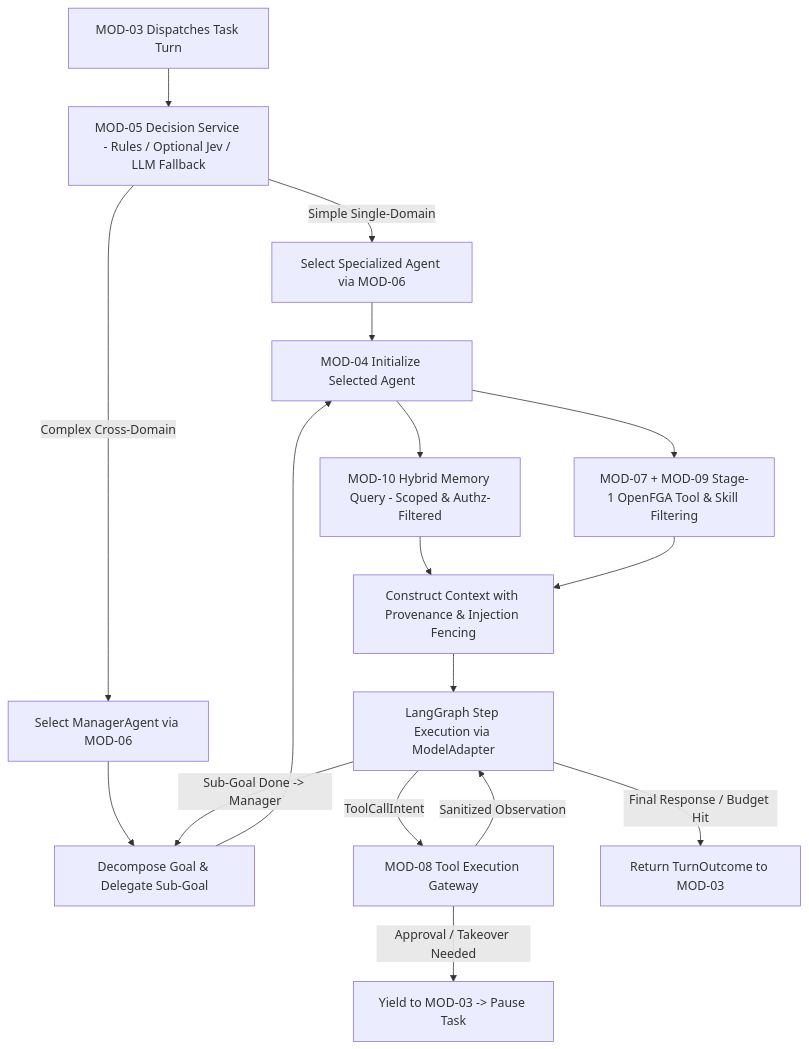
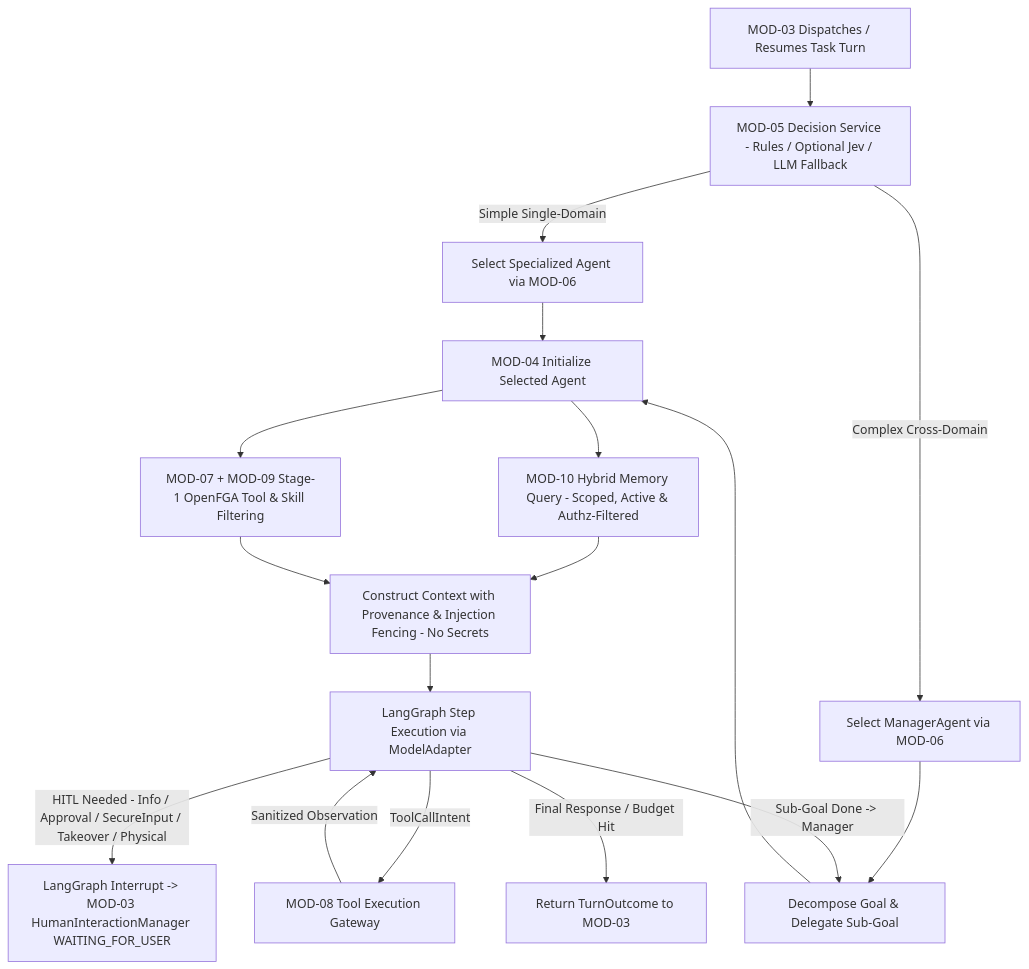
Before and after one commit to Abhishek-Kanti/Orbi: the fourth of 26 diagrams in docs/02-hld/system-architecture.md, drawn with Mermaid. The commit also changed other lines of this file and 11 other files, not shown here.

````diff
--- a/docs/02-hld/system-architecture.md
+++ b/docs/02-hld/system-architecture.md
@@ -288,23 +289,23 @@
 ```mermaid
 flowchart TB
-    START["MOD-03 Dispatches Task Turn"] --> TRIAGE["MOD-05 Decision Service - Rules / Optional Jev / LLM Fallback"]
+    START["MOD-03 Dispatches / Resumes Task Turn"] --> TRIAGE["MOD-05 Decision Service - Rules / Optional Jev / LLM Fallback"]
     TRIAGE -->|"Simple Single-Domain"| PICK_SPEC["Select Specialized Agent via MOD-06"]
     TRIAGE -->|"Complex Cross-Domain"| PICK_MGR["Select ManagerAgent via MOD-06"]
 
     PICK_MGR --> DECOMP["Decompose Goal & Delegate Sub-Goal"]
     DECOMP --> INIT["MOD-04 Initialize Selected Agent"]
     PICK_SPEC --> INIT
 
-    INIT --> MEM["MOD-10 Hybrid Memory Query - Scoped & Authz-Filtered"]
+    INIT --> MEM["MOD-10 Hybrid Memory Query - Scoped, Active & Authz-Filtered"]
     INIT --> DISC["MOD-07 + MOD-09 Stage-1 OpenFGA Tool & Skill Filtering"]
 
-    MEM --> CTX["Construct Context with Provenance & Injection Fencing"]
+    MEM --> CTX["Construct Context with Provenance & Injection Fencing - No Secrets"]
     DISC --> CTX
 
     CTX --> LG["LangGraph Step Execution via ModelAdapter"]
     LG -->|"ToolCallIntent"| GW["MOD-08 Tool Execution Gateway"]
     GW -->|"Sanitized Observation"| LG
-    GW -->|"Approval / Takeover Needed"| YIELD_WAIT["Yield to MOD-03 -> Pause Task"]
+    LG -->|"HITL Needed - Info / Approval / SecureInput / Takeover / Physical"| YIELD_WAIT["LangGraph Interrupt -> MOD-03 HumanInteractionManager WAITING_FOR_USER"]
     LG -->|"Sub-Goal Done -> Manager"| DECOMP
     LG -->|"Final Response / Budget Hit"| DONE["Return TurnOutcome to MOD-03"]
 ```
````
